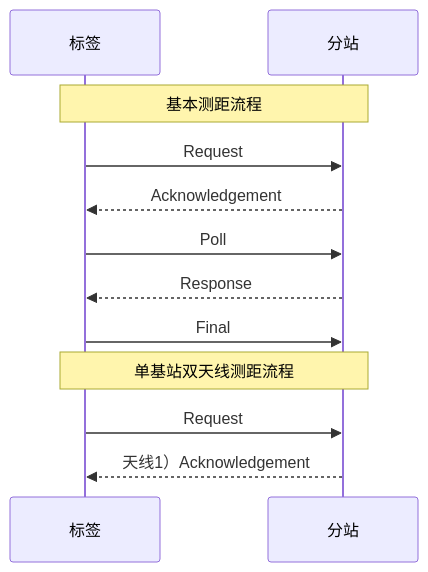
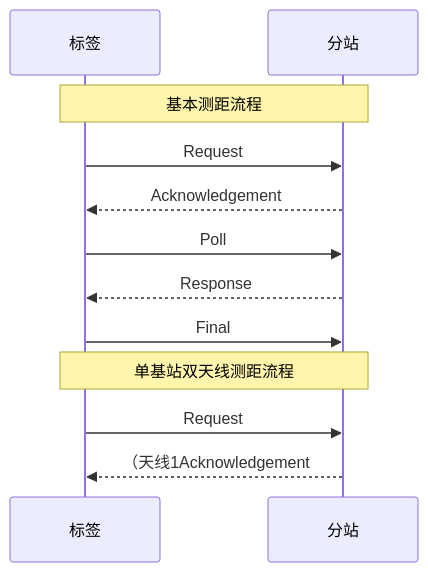
Before and after one commit to geek-zhao/iodraw-files: the diagram in all/未命名.md, drawn with Mermaid.

Commit message:
2024-08-17 14:05:42 update

````diff
--- a/all/未命名.md
+++ b/all/未命名.md
@@ -1,20 +1,20 @@
 ```mermaid
 sequenceDiagram
     participant tag as 标签
     participant anchor as 分站
 
     Note over tag,anchor: 基本测距流程
 
     tag->>anchor: Request
     anchor-->>tag: Acknowledgement
     tag->>anchor: Poll
     anchor-->>tag: Response
     tag->>anchor: Final       
 
     Note over tag,anchor: 单基站双天线测距流程
 
     tag->>anchor: Request
-    anchor-->>tag: 天线1）Acknowledgement
+    anchor-->>tag: （天线1Acknowledgement
 
 
 ```
````
